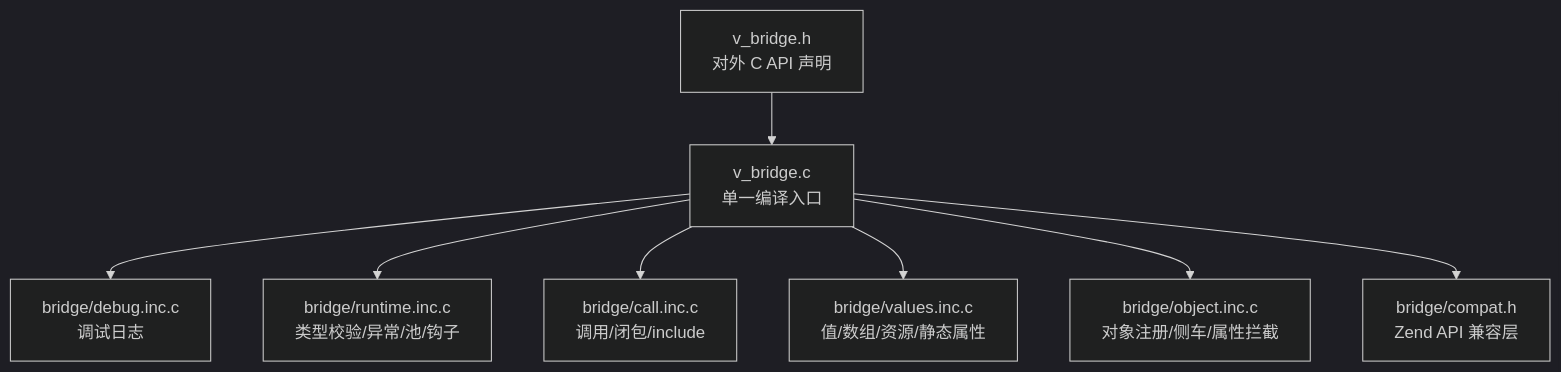
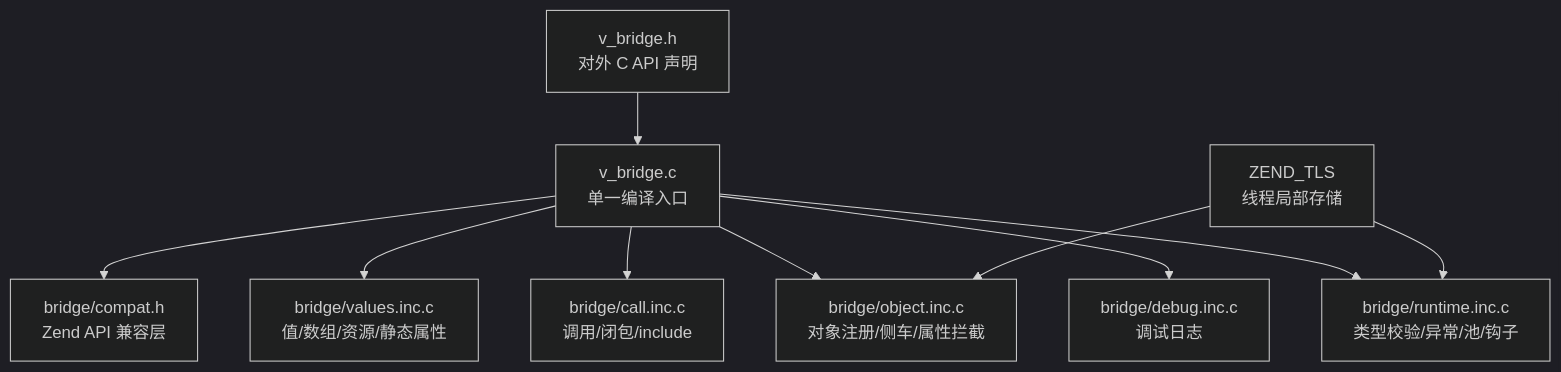
One commit to guweigang/vphpx changed the first of 6 diagrams in .qoder/repowiki/zh/content/Bridge 与 FFI 层.md. Above: the diagram before and after it, drawn with Mermaid (dark theme). The commit also changed other lines of this file and 13 other files, not shown here.

````diff
--- a/.qoder/repowiki/zh/content/Bridge 与 FFI 层.md
+++ b/.qoder/repowiki/zh/content/Bridge 与 FFI 层.md
@@ -41,10 +50,12 @@
 ```mermaid
 graph TB
 A["v_bridge.c<br/>单一编译入口"] --> B["bridge/debug.inc.c<br/>调试日志"]
 A --> C["bridge/runtime.inc.c<br/>类型校验/异常/池/钩子"]
 A --> D["bridge/call.inc.c<br/>调用/闭包/include"]
 A --> E["bridge/values.inc.c<br/>值/数组/资源/静态属性"]
 A --> F["bridge/object.inc.c<br/>对象注册/侧车/属性拦截"]
 A --> G["bridge/compat.h<br/>Zend API 兼容层"]
 H["v_bridge.h<br/>对外 C API 声明"] --> A
+I["ZEND_TLS<br/>线程局部存储"] --> C
+I --> F
 ```
````
